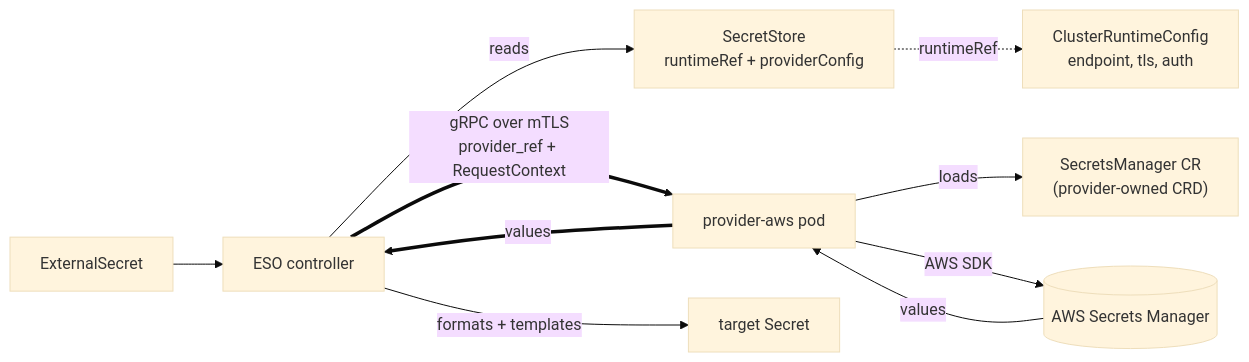
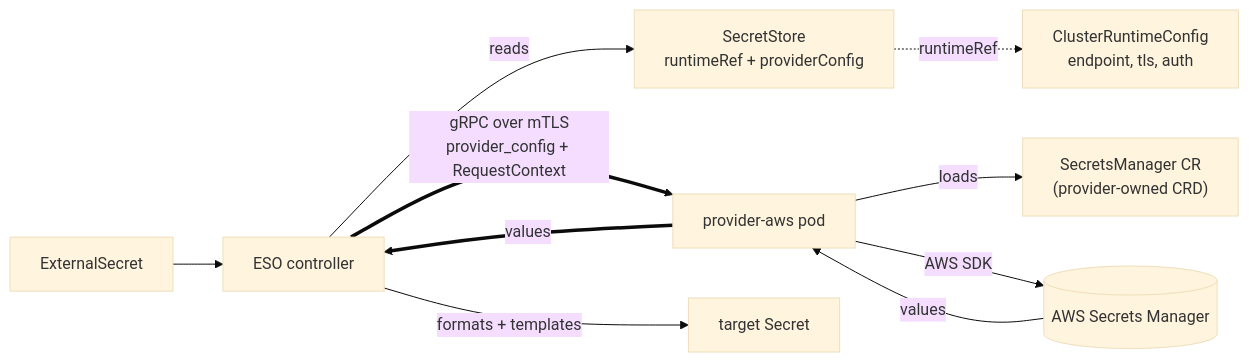
Before and after one commit to external-secrets/external-secrets: the second of 3 diagrams in design/014/SUMMARY.md, drawn with Mermaid (base theme). The commit also changed other lines of this file and 5 other files, not shown here.

````diff
--- a/design/014/SUMMARY.md
+++ b/design/014/SUMMARY.md
@@ -42,12 +42,12 @@
 ```mermaid
 flowchart LR
   ES["ExternalSecret"] --> CORE["ESO controller"]
   CORE -- "reads" --> SS["SecretStore<br/>runtimeRef + providerConfig"]
   SS -. "runtimeRef" .-> PC["ClusterRuntimeConfig<br/>endpoint, tls, auth"]
-  CORE == "gRPC over mTLS<br/>provider_ref + RequestContext" ==> PROV["provider-aws pod"]
+  CORE == "gRPC over mTLS<br/>provider_config + RequestContext" ==> PROV["provider-aws pod"]
   PROV -- "loads" --> CR["SecretsManager CR<br/>(provider-owned CRD)"]
   PROV -- "AWS SDK" --> AWS[("AWS Secrets Manager")]
   AWS -- "values" --> PROV
   PROV == "values" ==> CORE
   CORE -- "formats + templates" --> TGT["target Secret"]
 ```
````
